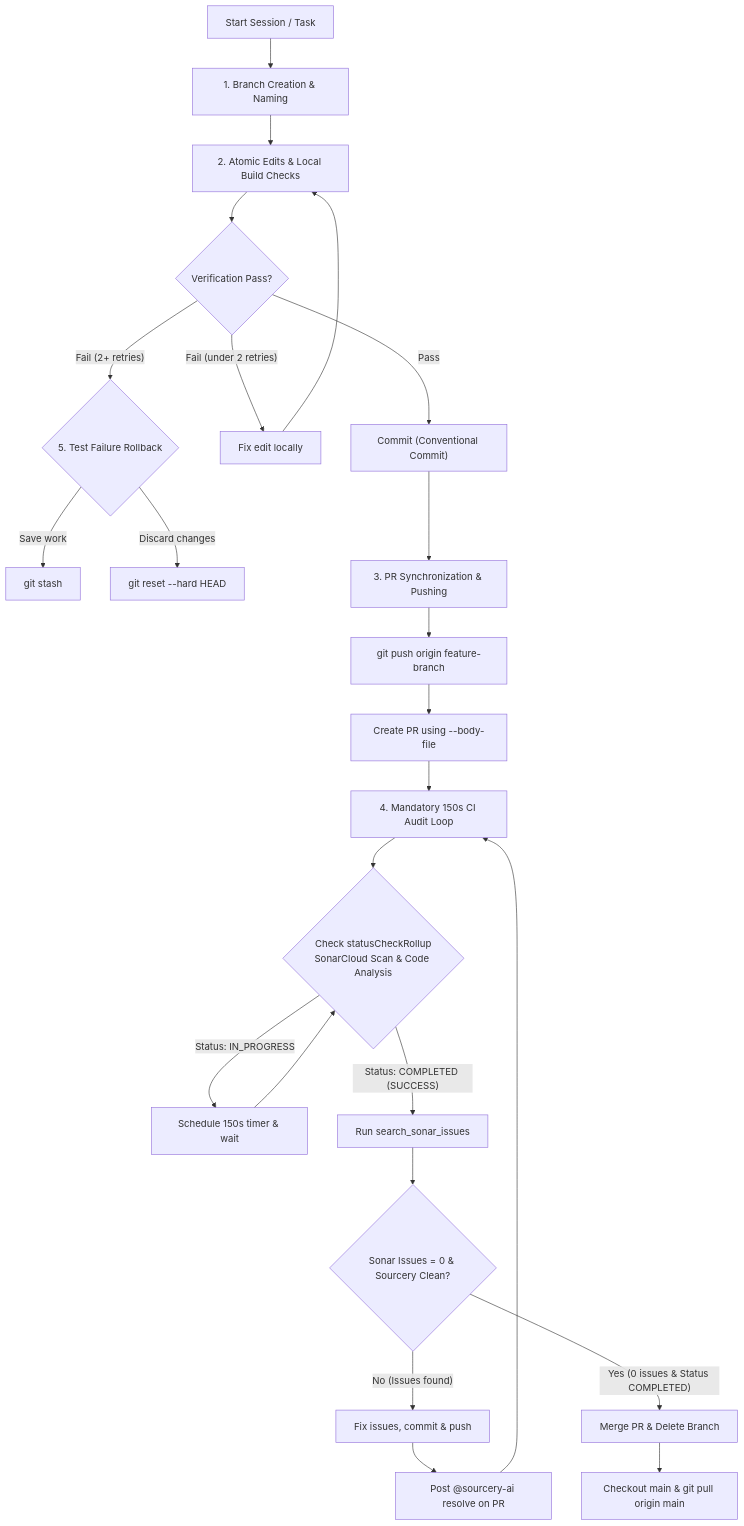
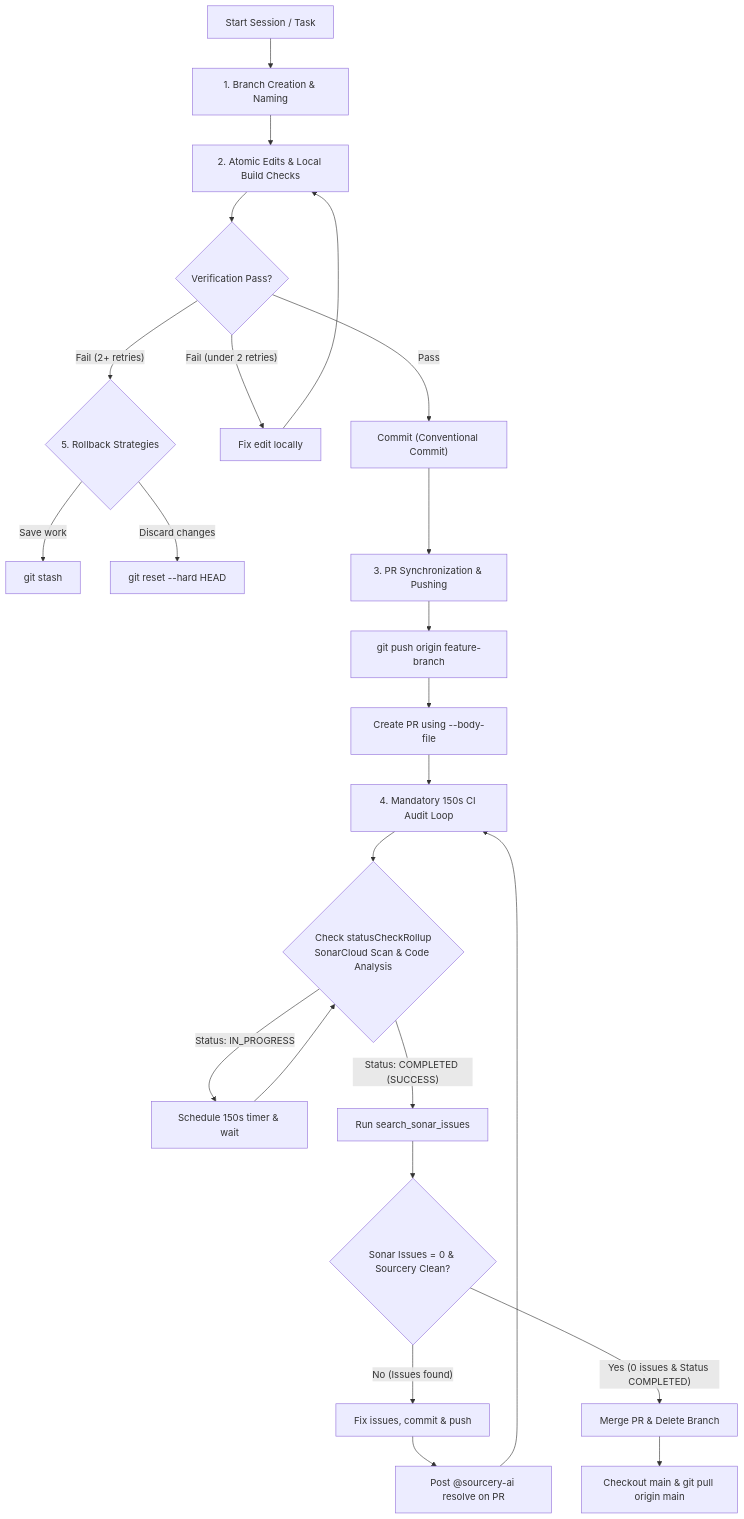
One commit to loerei/YumeShelf changed the diagram in .agents/skills/git-lifecycle-management/SKILL.md. Above: the diagram before and after it, drawn with Mermaid. The commit also changed other lines of this file and 3 other files, not shown here.

````diff
--- a/.agents/skills/git-lifecycle-management/SKILL.md
+++ b/.agents/skills/git-lifecycle-management/SKILL.md
@@ -31,30 +31,30 @@
 ```mermaid
 flowchart TD
     Start["Start Session / Task"] --> Branch["1. Branch Creation & Naming"]
     Branch --> Edit["2. Atomic Edits & Local Build Checks"]
     Edit --> Verify{"Verification Pass?"}
     Verify -->|"Pass"| Commit["Commit (Conventional Commit)"]
     Verify -->|"Fail (under 2 retries)"| FixEdit["Fix edit locally"]
     FixEdit --> Edit
-    Verify -->|"Fail (2+ retries)"| RollbackTest{"5. Test Failure Rollback"}
+    Verify -->|"Fail (2+ retries)"| RollbackTest{"5. Rollback Strategies"}
     RollbackTest -->|"Save work"| Stash["git stash"]
     RollbackTest -->|"Discard changes"| ResetHard["git reset --hard HEAD"]
     
     Commit --> PRSync["3. PR Synchronization & Pushing"]
     PRSync --> Push["git push origin feature-branch"]
     Push --> CreatePR["Create PR using --body-file"]
     
     CreatePR --> TimerLoop["4. Mandatory 150s CI Audit Loop"]
     TimerLoop --> WaitCI{"Check statusCheckRollup<br/>SonarCloud Scan & Code Analysis"}
     WaitCI -->|"Status: IN_PROGRESS"| SleepTimer["Schedule 150s timer & wait"]
     SleepTimer --> WaitCI
     WaitCI -->|"Status: COMPLETED (SUCCESS)"| QuerySonar["Run search_sonar_issues"]
     
     QuerySonar --> IssuesCheck{"Sonar Issues = 0 & Sourcery Clean?"}
     IssuesCheck -->|"No (Issues found)"| FixIssues["Fix issues, commit & push"]
     FixIssues --> CommentResolve["Post @sourcery-ai resolve on PR"]
     CommentResolve --> TimerLoop
     
     IssuesCheck -->|"Yes (0 issues & Status COMPLETED)"| MergePR["Merge PR & Delete Branch"]
     MergePR --> ReturnMain["Checkout main & git pull origin main"]
 ```
````
